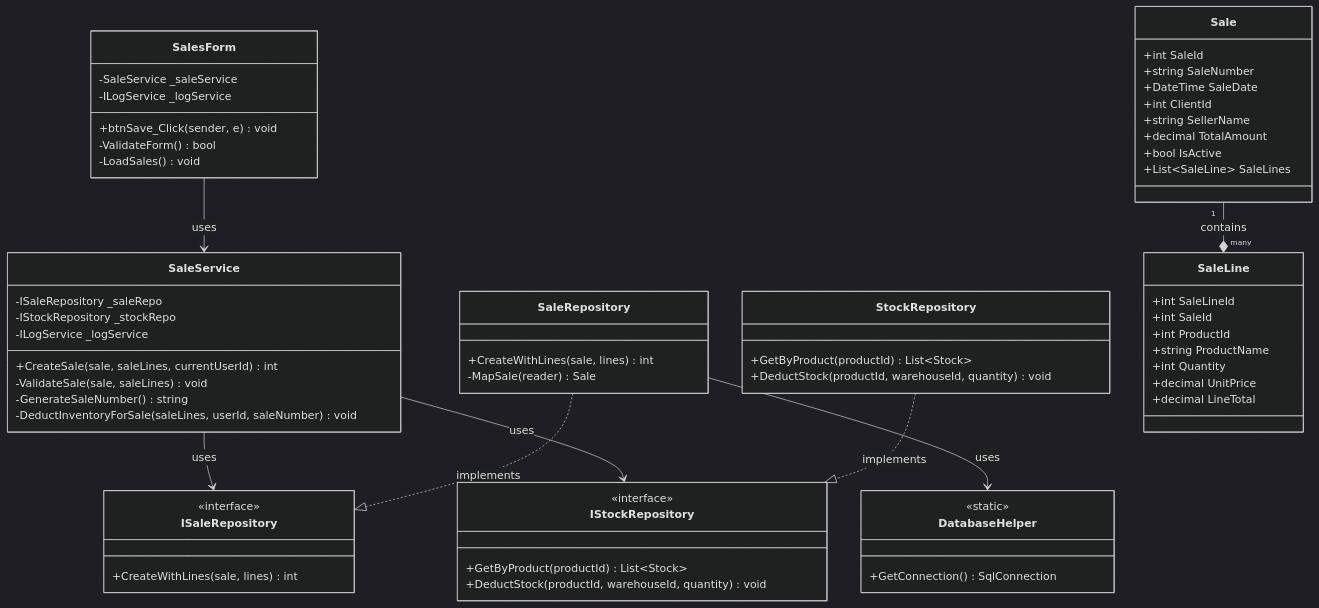
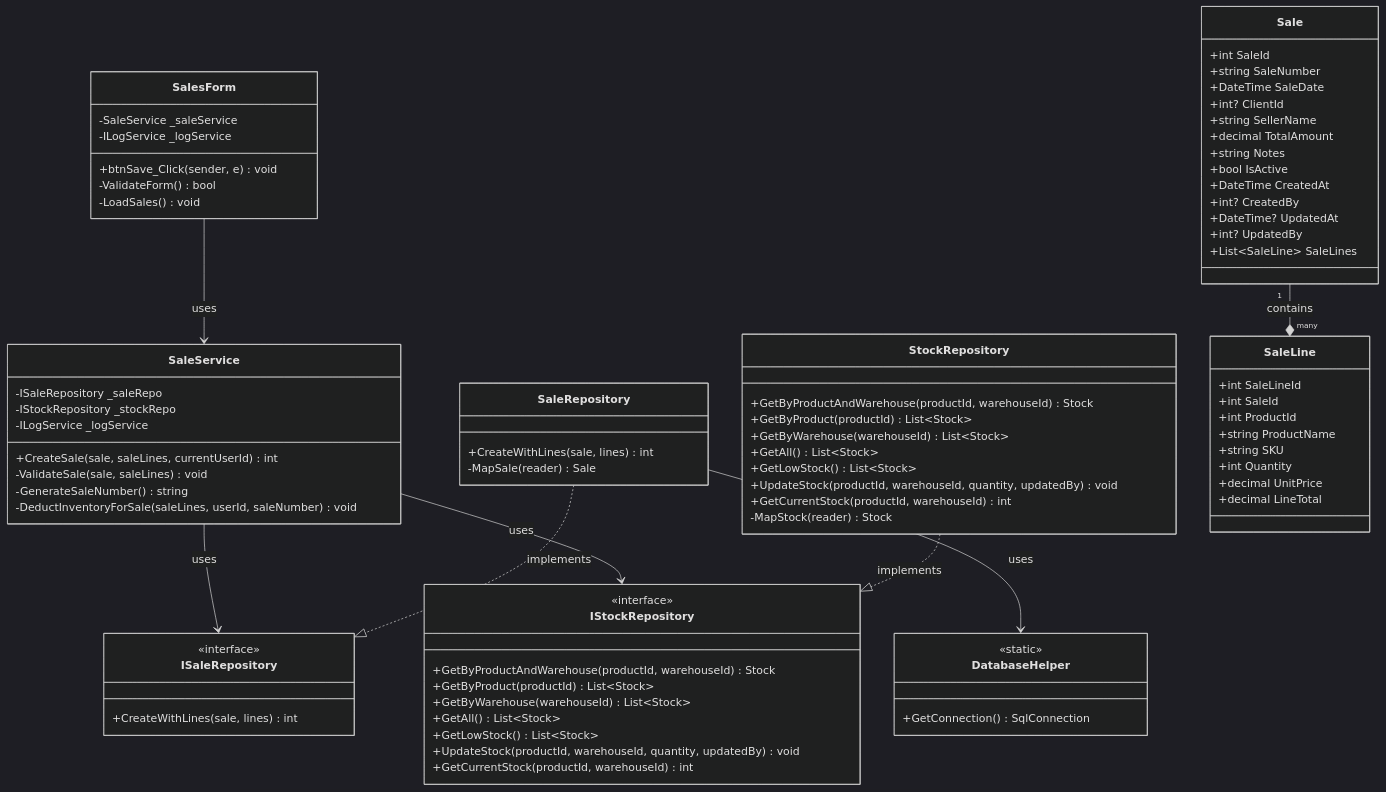
Before and after one commit to nahuk86/tp_diploma_nk_2026: the first of 12 diagrams in Documentation/UML_Diagrams/05_Sales_Management_Process_Class_Diagram.md, drawn with Mermaid (dark theme). The commit also changed other lines of this file and 6 other files, not shown here.

Commit message:
Update UML diagrams 01-07 to reflect actual implementation

```diff
--- a/Documentation/UML_Diagrams/05_Sales_Management_Process_Class_Diagram.md
+++ b/Documentation/UML_Diagrams/05_Sales_Management_Process_Class_Diagram.md
@@ -38,13 +38,24 @@
 
     class IStockRepository {
         <<interface>>
+        +GetByProductAndWarehouse(productId, warehouseId) Stock
         +GetByProduct(productId) List~Stock~
-        +DeductStock(productId, warehouseId, quantity) void
+        +GetByWarehouse(warehouseId) List~Stock~
+        +GetAll() List~Stock~
+        +GetLowStock() List~Stock~
+        +UpdateStock(productId, warehouseId, quantity, updatedBy) void
+        +GetCurrentStock(productId, warehouseId) int
     }
 
     class StockRepository {
+        +GetByProductAndWarehouse(productId, warehouseId) Stock
         +GetByProduct(productId) List~Stock~
-        +DeductStock(productId, warehouseId, quantity) void
+        +GetByWarehouse(warehouseId) List~Stock~
+        +GetAll() List~Stock~
+        +GetLowStock() List~Stock~
+        +UpdateStock(productId, warehouseId, quantity, updatedBy) void
+        +GetCurrentStock(productId, warehouseId) int
+        -MapStock(reader) Stock
     }
 
     class DatabaseHelper {
@@ -56,10 +67,15 @@
         +int SaleId
         +string SaleNumber
         +DateTime SaleDate
-        +int ClientId
+        +int? ClientId
         +string SellerName
         +decimal TotalAmount
+        +string Notes
         +bool IsActive
+        +DateTime CreatedAt
+        +int? CreatedBy
+        +DateTime? UpdatedAt
+        +int? UpdatedBy
         +List~SaleLine~ SaleLines
     }
 
@@ -68,6 +84,7 @@
         +int SaleId
         +int ProductId
         +string ProductName
+        +string SKU
         +int Quantity
         +decimal UnitPrice
         +decimal LineTotal
```
